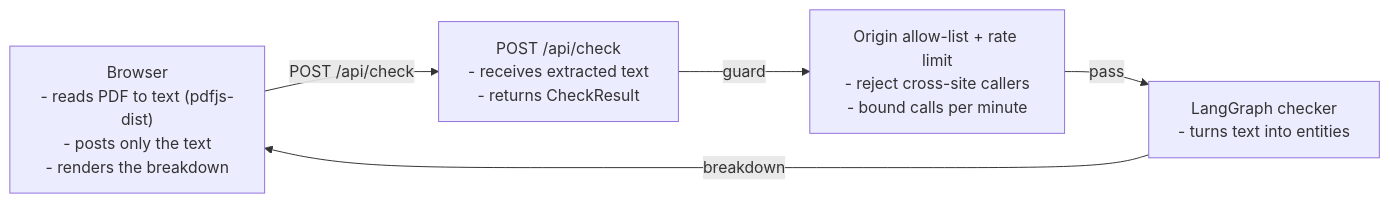
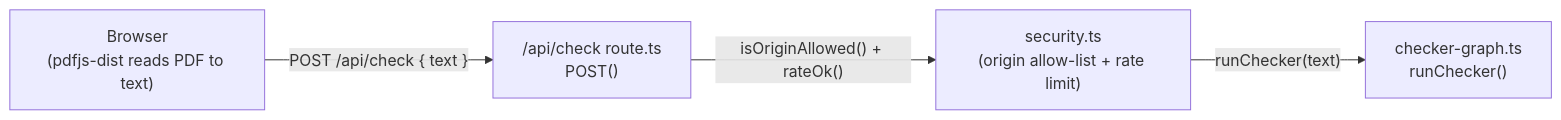
Before and after one commit to elleskay/insurance-dashboard: the first of 5 diagrams in README.md, drawn with Mermaid. The commit also changed other lines of this file and 9 other files, not shown here.

````diff
--- a/README.md
+++ b/README.md
@@ -98,11 +114,6 @@
 ```mermaid
 flowchart LR
-  Browser["Browser<br/>- reads PDF to text (pdfjs-dist)<br/>- posts only the text<br/>- renders the breakdown"]
-  API["POST /api/check<br/>- receives extracted text<br/>- returns CheckResult"]
-  Guard["Origin allow-list + rate limit<br/>- reject cross-site callers<br/>- bound calls per minute"]
-  Checker["LangGraph checker<br/>- turns text into entities"]
-  Browser -->|"POST /api/check"| API
-  API -->|guard| Guard
-  Guard -->|pass| Checker
-  Checker -->|"breakdown"| Browser
+  Browser["Browser<br/>(pdfjs-dist reads PDF to text)"] -->|"POST /api/check { text }"| Route["/api/check route.ts<br/>POST()"]
+  Route -->|"isOriginAllowed() + rateOk()"| Guard["security.ts<br/>(origin allow-list + rate limit)"]
+  Guard -->|"runChecker(text)"| Checker["checker-graph.ts<br/>runChecker()"]
 ```
````
